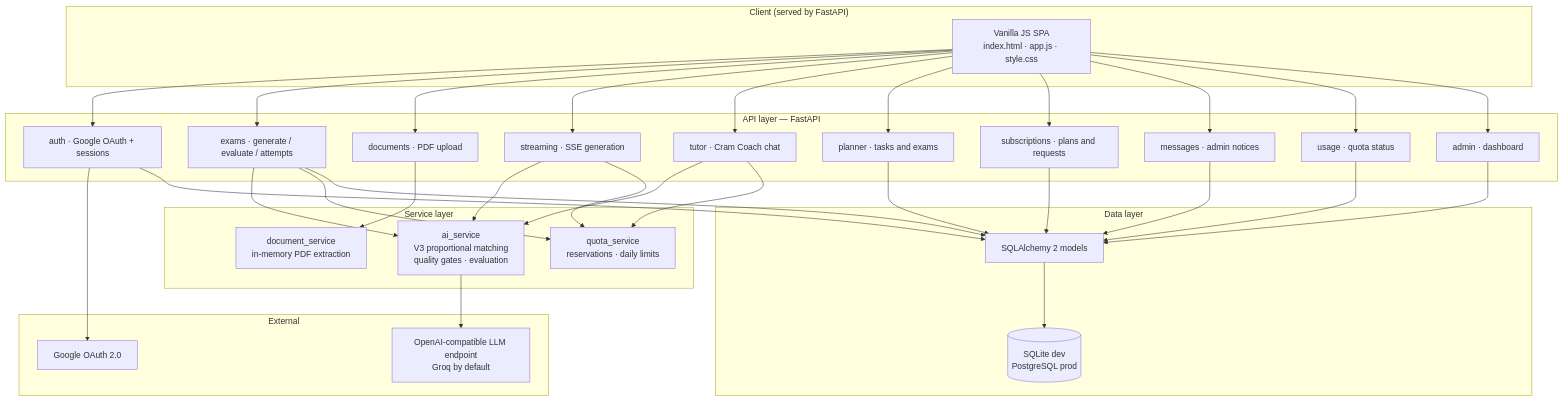
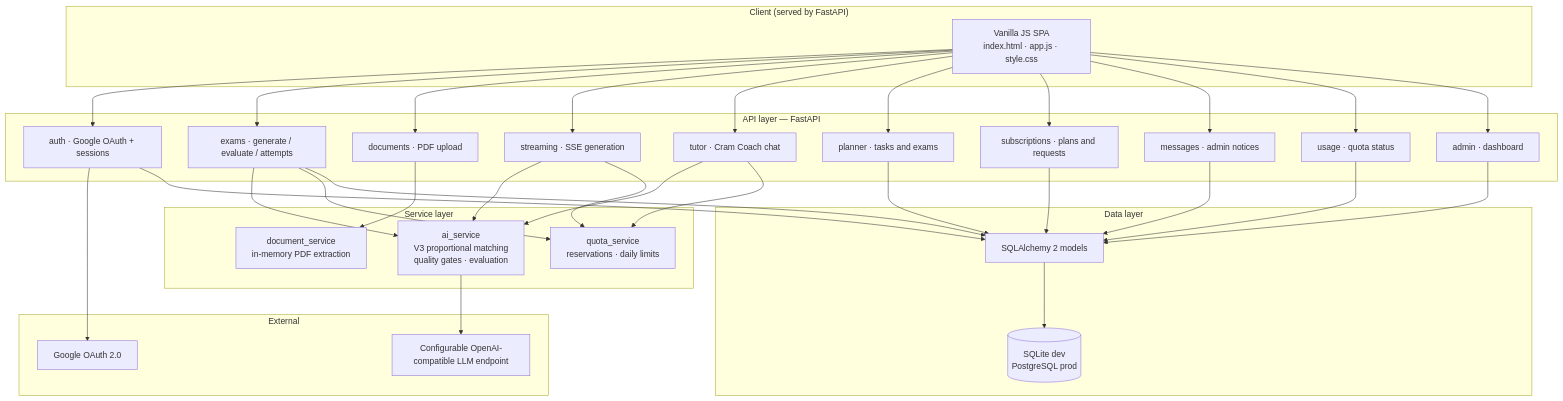
The second of 2 diagrams in README.md (yeabsiragebre/Cram.AI), drawn with Mermaid before and after one commit. The commit also changed other lines of this file, not shown here.

First line of the commit message:
Change configurable LLM endpoint

````diff
--- a/README.md
+++ b/README.md
@@ -259,48 +259,48 @@
 ```mermaid
 graph TB
     subgraph Client["Client (served by FastAPI)"]
         UI[Vanilla JS SPA<br/>index.html · app.js · style.css]
     end
 
     subgraph API["API layer — FastAPI"]
         AUTH[auth · Google OAuth + sessions]
         EXAMS[exams · generate / evaluate / attempts]
         DOCS[documents · PDF upload]
         STREAM[streaming · SSE generation]
         TUTOR[tutor · Cram Coach chat]
         PLANNER[planner · tasks and exams]
         SUBS[subscriptions · plans and requests]
         MSGS[messages · admin notices]
         USAGE[usage · quota status]
         ADMIN[admin · dashboard]
     end
 
     subgraph Services["Service layer"]
         AI[ai_service<br/>V3 proportional matching<br/>quality gates · evaluation]
         DOC[document_service<br/>in-memory PDF extraction]
         QUOTA[quota_service<br/>reservations · daily limits]
     end
 
     subgraph Data["Data layer"]
         ORM[SQLAlchemy 2 models]
         DB[(SQLite dev<br/>PostgreSQL prod)]
     end
 
     subgraph External["External"]
-        LLM[OpenAI-compatible LLM endpoint<br/>Groq by default]
+        LLM[Configurable OpenAI-compatible LLM endpoint]
         GOOGLE[Google OAuth 2.0]
     end
 
     UI --> AUTH & EXAMS & DOCS & STREAM & TUTOR & PLANNER & SUBS & MSGS & USAGE & ADMIN
     AUTH --> GOOGLE
     EXAMS --> AI
     STREAM --> AI
     TUTOR --> AI
     DOCS --> DOC
     EXAMS --> QUOTA
     STREAM --> QUOTA
     TUTOR --> QUOTA
     AI --> LLM
     AUTH & EXAMS & PLANNER & SUBS & MSGS & ADMIN & USAGE --> ORM
     ORM --> DB
 ```
````
